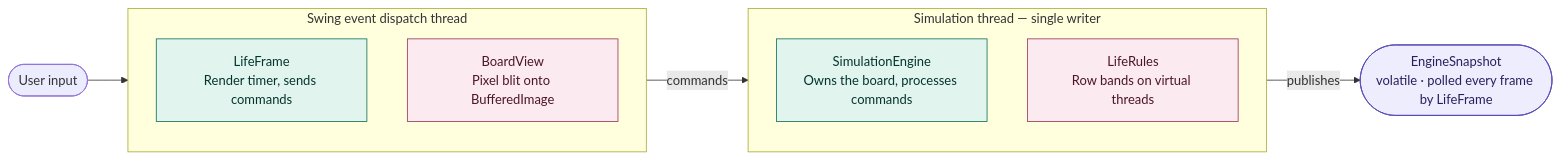
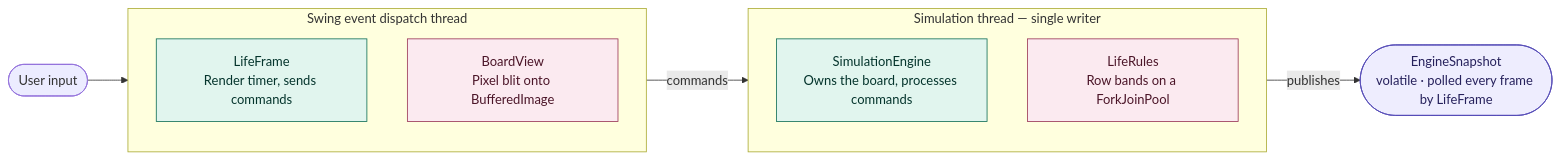
One commit to ymoroz89/conway-game-of-life-gui changed the first of 2 diagrams in README.md. Above: the diagram before and after it, drawn with Mermaid. The commit also changed other lines of this file and 24 other files, not shown here.

````diff
--- a/README.md
+++ b/README.md
@@ -75,27 +75,27 @@
 ```mermaid
 flowchart LR
     user(["User input"]) --> UI
 
     subgraph UI["Swing event dispatch thread"]
         direction TB
         LifeFrame["LifeFrame<br/>Render timer, sends commands"]
         BoardView["BoardView<br/>Pixel blit onto BufferedImage"]
     end
 
     UI -- commands --> ENGINE
 
     subgraph ENGINE["Simulation thread — single writer"]
         direction TB
         SimulationEngine["SimulationEngine<br/>Owns the board, processes commands"]
-        LifeRules["LifeRules<br/>Row bands on virtual threads"]
+        LifeRules["LifeRules<br/>Row bands on a ForkJoinPool"]
     end
 
     ENGINE -- publishes --> Snapshot(["EngineSnapshot<br/>volatile · polled every frame by LifeFrame"])
 
     classDef orchestrator fill:#E1F5EE,stroke:#0F6E56,color:#04342C
     classDef worker fill:#FBEAF0,stroke:#993556,color:#4B1528
     classDef state fill:#EEEDFE,stroke:#534AB7,color:#26215C
     class LifeFrame,SimulationEngine orchestrator
     class BoardView,LifeRules worker
     class Snapshot state
 ```
````
